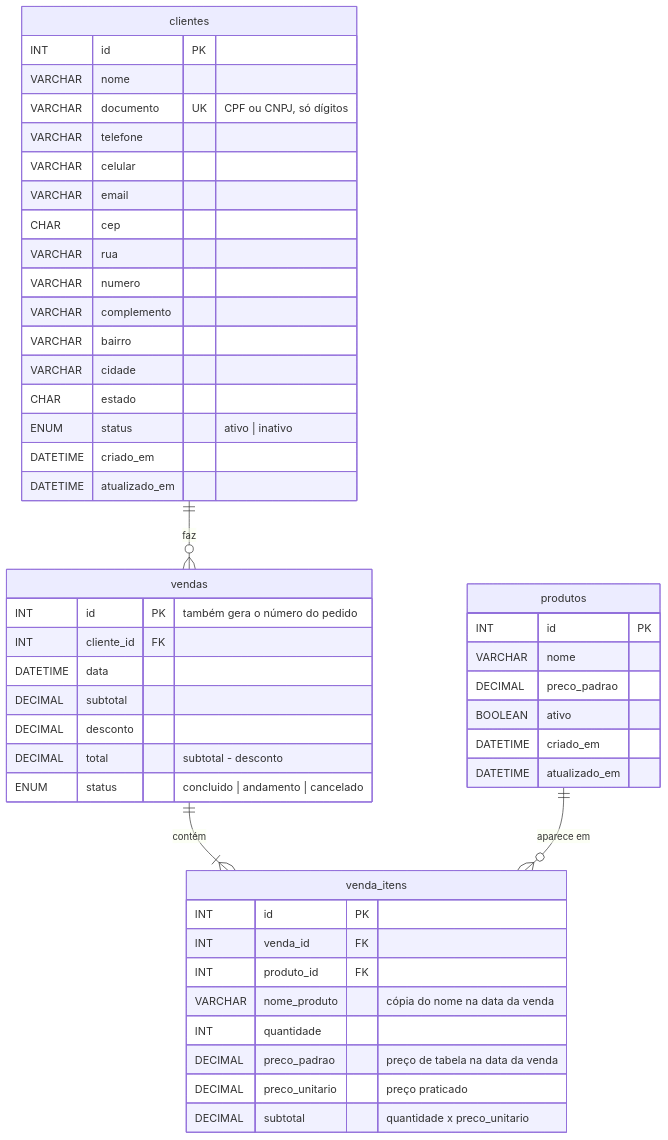
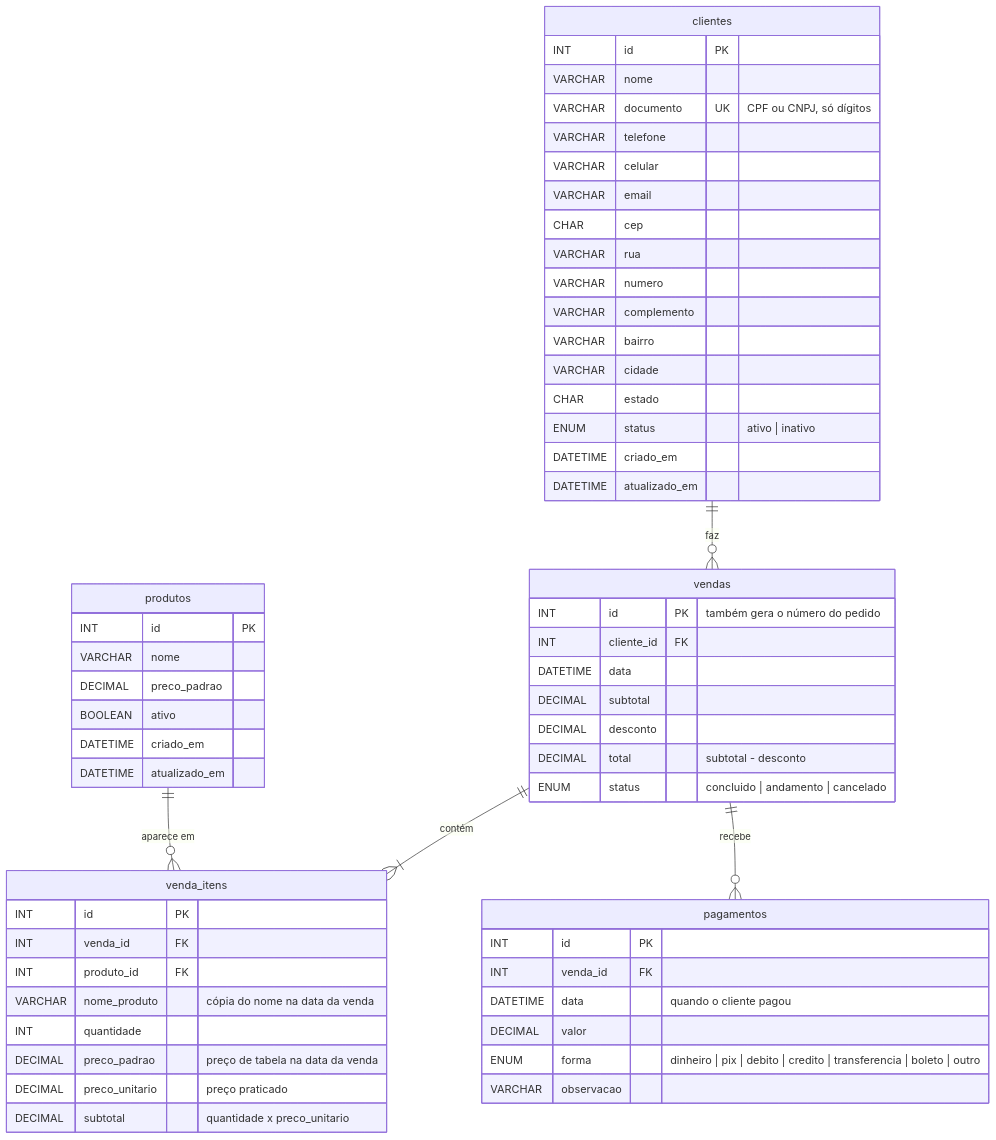
The first of 2 diagrams in docs/BANCO-DE-DADOS.md (RICKK777/Sistema_MGK), drawn with Mermaid before and after one commit. The commit also changed other lines of this file and 9 other files, not shown here.

First line of the commit message:
feat: cadastro de produtos e pagamentos em partes nas vendas

````diff
--- a/docs/BANCO-DE-DADOS.md
+++ b/docs/BANCO-DE-DADOS.md
@@ -66,52 +66,61 @@
 ```mermaid
 erDiagram
     clientes ||--o{ vendas : "faz"
     vendas   ||--|{ venda_itens : "contém"
     produtos ||--o{ venda_itens : "aparece em"
+    vendas   ||--o{ pagamentos : "recebe"
 
     clientes {
         INT id PK
         VARCHAR nome
         VARCHAR documento UK "CPF ou CNPJ, só dígitos"
         VARCHAR telefone
         VARCHAR celular
         VARCHAR email
         CHAR cep
         VARCHAR rua
         VARCHAR numero
         VARCHAR complemento
         VARCHAR bairro
         VARCHAR cidade
         CHAR estado
         ENUM status "ativo | inativo"
         DATETIME criado_em
         DATETIME atualizado_em
     }
     produtos {
         INT id PK
         VARCHAR nome
         DECIMAL preco_padrao
         BOOLEAN ativo
         DATETIME criado_em
         DATETIME atualizado_em
     }
     vendas {
         INT id PK "também gera o número do pedido"
         INT cliente_id FK
         DATETIME data
         DECIMAL subtotal
         DECIMAL desconto
         DECIMAL total "subtotal - desconto"
         ENUM status "concluido | andamento | cancelado"
     }
     venda_itens {
         INT id PK
         INT venda_id FK
         INT produto_id FK
         VARCHAR nome_produto "cópia do nome na data da venda"
         INT quantidade
         DECIMAL preco_padrao "preço de tabela na data da venda"
         DECIMAL preco_unitario "preço praticado"
         DECIMAL subtotal "quantidade x preco_unitario"
     }
+    pagamentos {
+        INT id PK
+        INT venda_id FK
+        DATETIME data "quando o cliente pagou"
+        DECIMAL valor
+        ENUM forma "dinheiro | pix | debito | credito | transferencia | boleto | outro"
+        VARCHAR observacao
+    }
 ```
````
